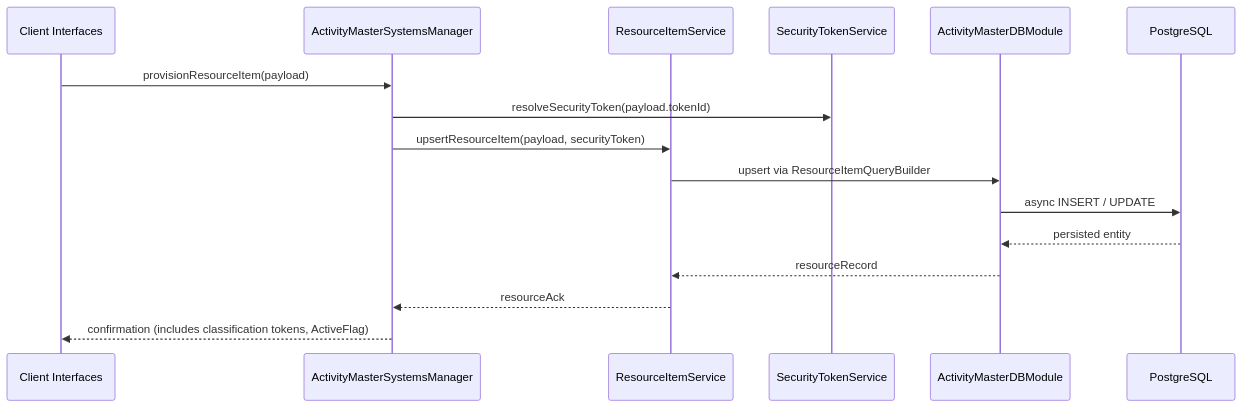
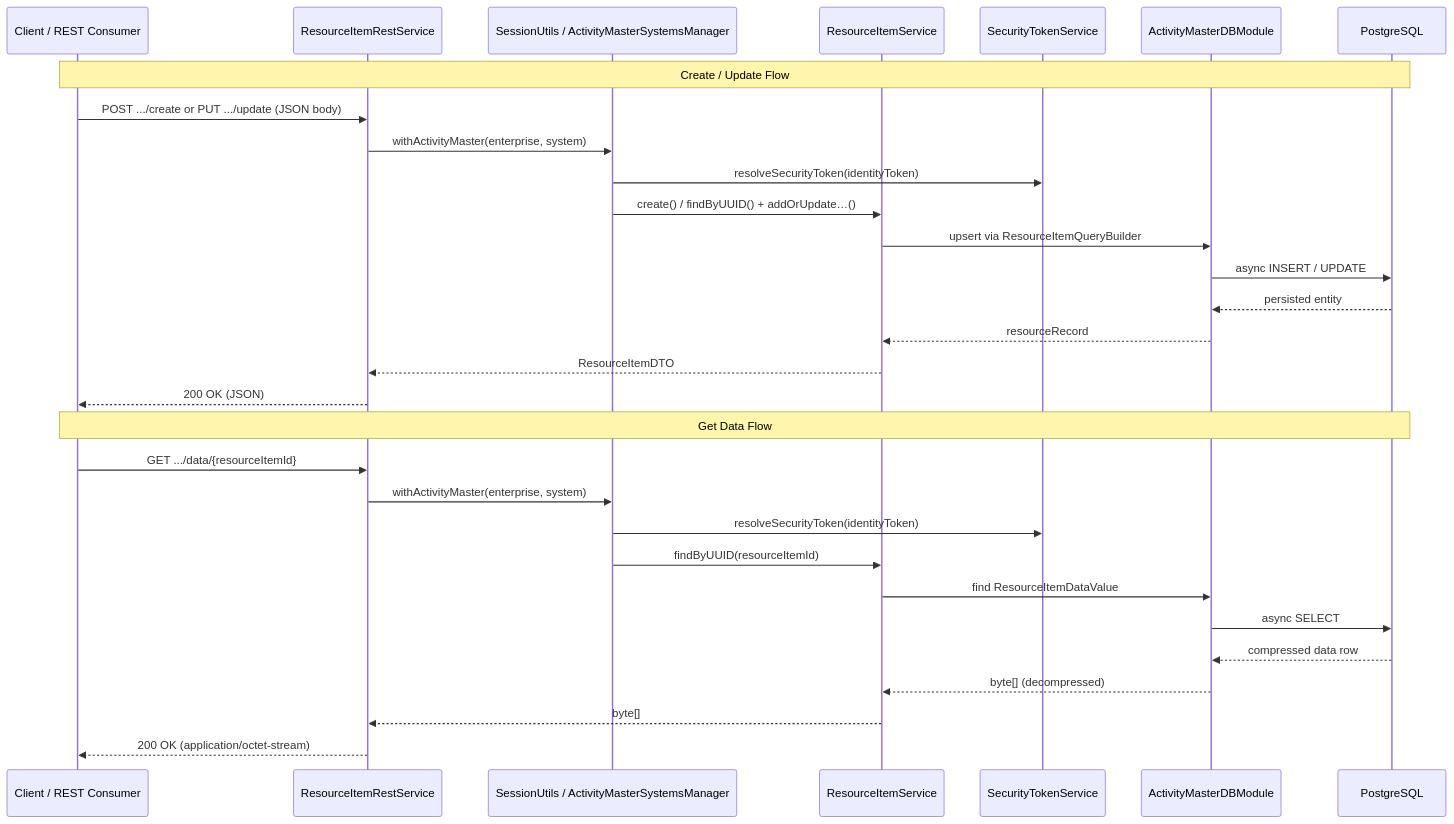
One commit to Activity-Master/Core changed the diagram in docs/architecture/sequence-resourceitem-provision.md. Above: the diagram before and after it, drawn with Mermaid. The commit also changed other lines of this file and 36 other files, not shown here.

Commit message:
arrangement,resource item, and event rest

````diff
--- a/docs/architecture/sequence-resourceitem-provision.md
+++ b/docs/architecture/sequence-resourceitem-provision.md
@@ -5,19 +5,34 @@
 ```mermaid
 sequenceDiagram
-  participant Client as Client Interfaces
-  participant Systems as ActivityMasterSystemsManager
+  participant Client as Client / REST Consumer
+  participant REST as ResourceItemRestService
+  participant Systems as SessionUtils / ActivityMasterSystemsManager
   participant Resource as ResourceItemService
   participant Security as SecurityTokenService
   participant DB as ActivityMasterDBModule
   participant Postgres as PostgreSQL
 
-  Client->>Systems: provisionResourceItem(payload)
-  Systems->>Security: resolveSecurityToken(payload.tokenId)
-  Systems->>Resource: upsertResourceItem(payload, securityToken)
+  Note over Client,Postgres: Create / Update Flow
+  Client->>REST: POST .../create or PUT .../update (JSON body)
+  REST->>Systems: withActivityMaster(enterprise, system)
+  Systems->>Security: resolveSecurityToken(identityToken)
+  Systems->>Resource: create() / findByUUID() + addOrUpdate…()
   Resource->>DB: upsert via ResourceItemQueryBuilder
   DB->>Postgres: async INSERT / UPDATE
   Postgres-->>DB: persisted entity
   DB-->>Resource: resourceRecord
-  Resource-->>Systems: resourceAck
-  Systems-->>Client: confirmation (includes classification tokens, ActiveFlag)
+  Resource-->>REST: ResourceItemDTO
+  REST-->>Client: 200 OK (JSON)
+
+  Note over Client,Postgres: Get Data Flow
+  Client->>REST: GET .../data/{resourceItemId}
+  REST->>Systems: withActivityMaster(enterprise, system)
+  Systems->>Security: resolveSecurityToken(identityToken)
+  Systems->>Resource: findByUUID(resourceItemId)
+  Resource->>DB: find ResourceItemDataValue
+  DB->>Postgres: async SELECT
+  Postgres-->>DB: compressed data row
+  DB-->>Resource: byte[] (decompressed)
+  Resource-->>REST: byte[]
+  REST-->>Client: 200 OK (application/octet-stream)
 ```
````
